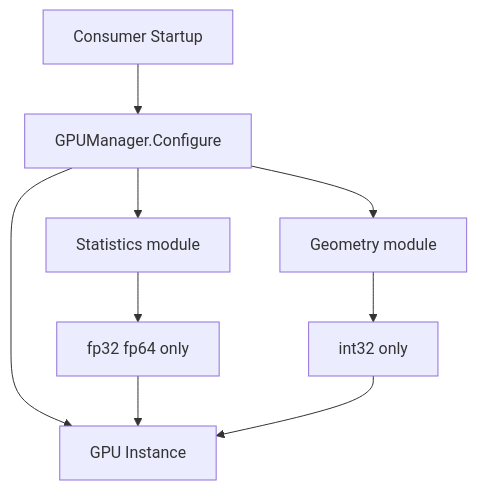
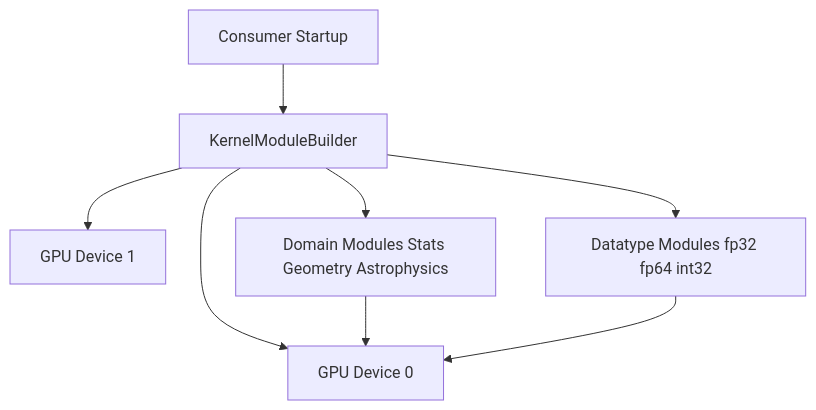
One commit to MPSQUARK/BAVCL changed the fifth of 6 diagrams in Documentation/BAVCLSpecification.md. Above: the diagram before and after it, drawn with Mermaid. The commit also changed other lines of this file and 59 other files, not shown here.

````diff
--- a/Documentation/BAVCLSpecification.md
+++ b/Documentation/BAVCLSpecification.md
@@ -283,19 +283,17 @@
 ```mermaid
 flowchart TD
     User[Consumer Startup]
-    Builder[GPUManager.Configure]
-    GPU[GPU Instance]
-    StatMod[Statistics module]
-    GeoMod[Geometry module]
-    StatTypes["fp32 fp64 only"]
-    GeoTypes["int32 only"]
+    Builder[KernelModuleBuilder]
+    GPU1[GPU Device 0]
+    GPU2[GPU Device 1]
+    Domains[Domain Modules Stats Geometry Astrophysics]
+    Types[Datatype Modules fp32 fp64 int32]
 
     User --> Builder
-    Builder --> GPU
-    Builder --> StatMod
-    Builder --> GeoMod
-    StatMod --> StatTypes
-    GeoMod --> GeoTypes
-    StatTypes --> GPU
-    GeoTypes --> GPU
+    Builder --> Domains
+    Builder --> Types
+    Builder --> GPU1
+    Builder --> GPU2
+    Domains --> GPU1
+    Types --> GPU1
 ```
````
